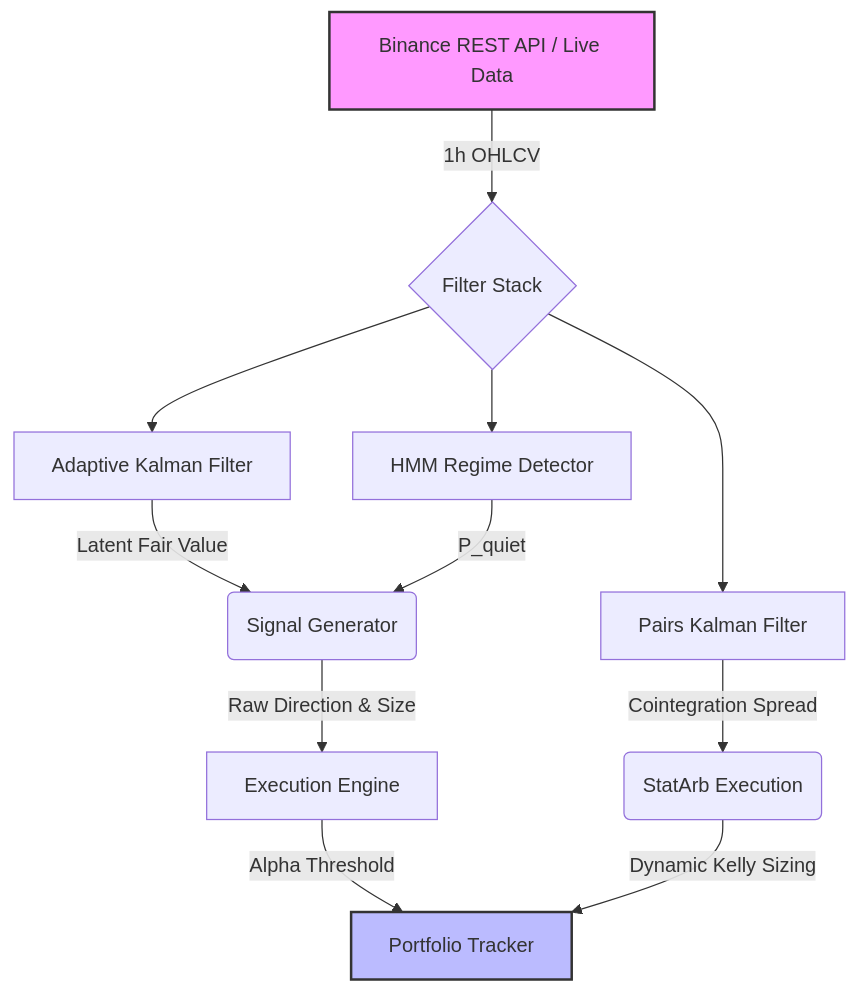
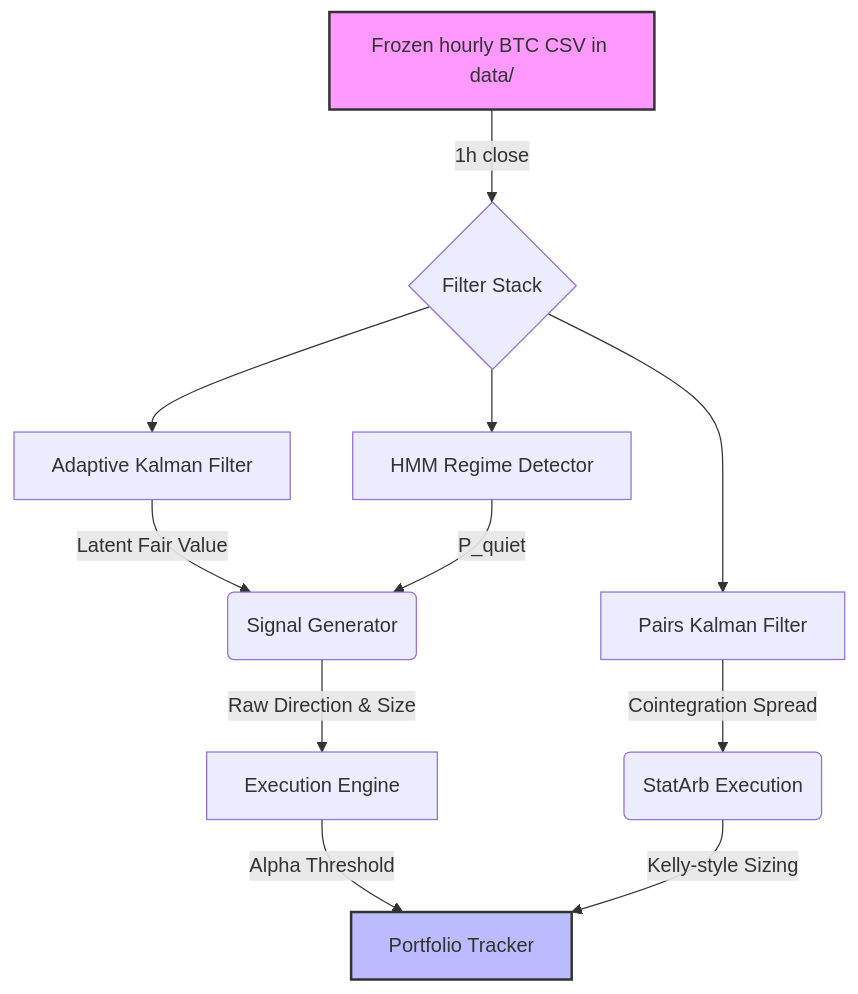
Before and after one commit to AnshDani2004/bayesian-market-filters: the diagram in README.md, drawn with Mermaid. The commit also changed other lines of this file and 3 other files, not shown here.

````diff
--- a/README.md
+++ b/README.md
@@ -7,20 +9,20 @@
 ```mermaid
 graph TD
-    A[Binance REST API / Live Data] -->|1h OHLCV| B{Filter Stack}
+    A[Frozen hourly BTC CSV in data/] -->|1h close| B{Filter Stack}
     
     B --> C[Adaptive Kalman Filter]
     B --> D[HMM Regime Detector]
     B --> E[Pairs Kalman Filter]
     
     C -->|Latent Fair Value| F(Signal Generator)
     D -->|P_quiet| F
     
     F -->|Raw Direction & Size| G[Execution Engine]
     G -->|Alpha Threshold| H[Portfolio Tracker]
     
     E -->|Cointegration Spread| I(StatArb Execution)
-    I -->|Dynamic Kelly Sizing| H
+    I -->|Kelly-style Sizing| H
     
     style A fill:#f9f,stroke:#333,stroke-width:2px
     style H fill:#bbf,stroke:#333,stroke-width:2px
 ```
````
